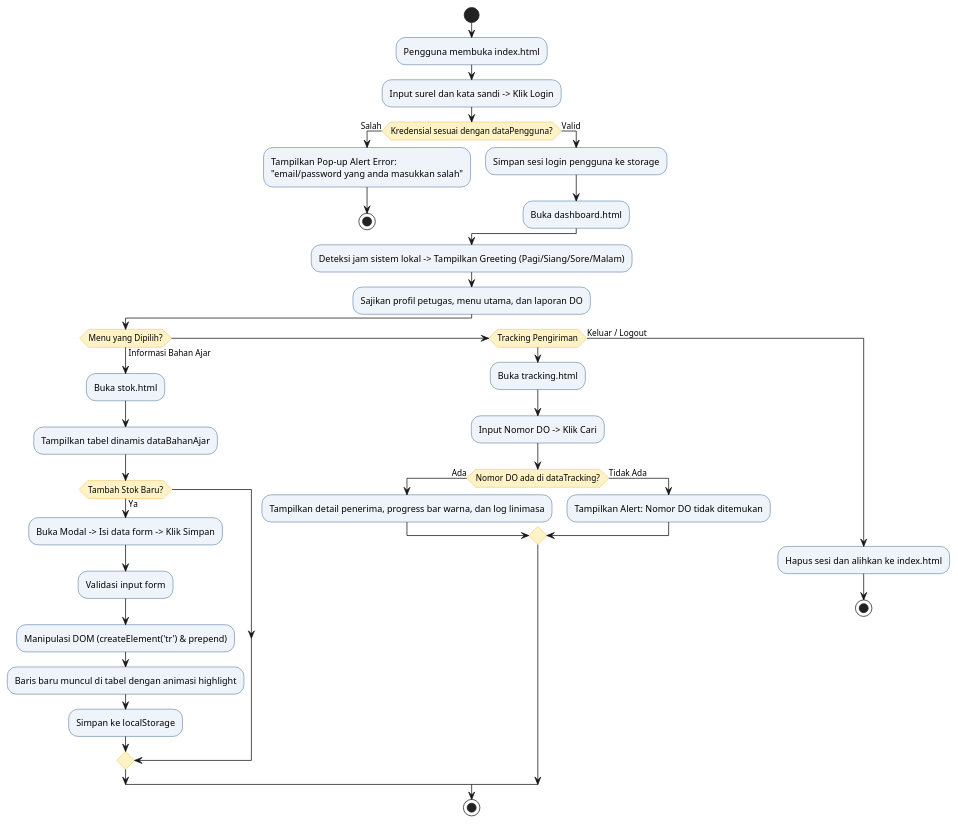
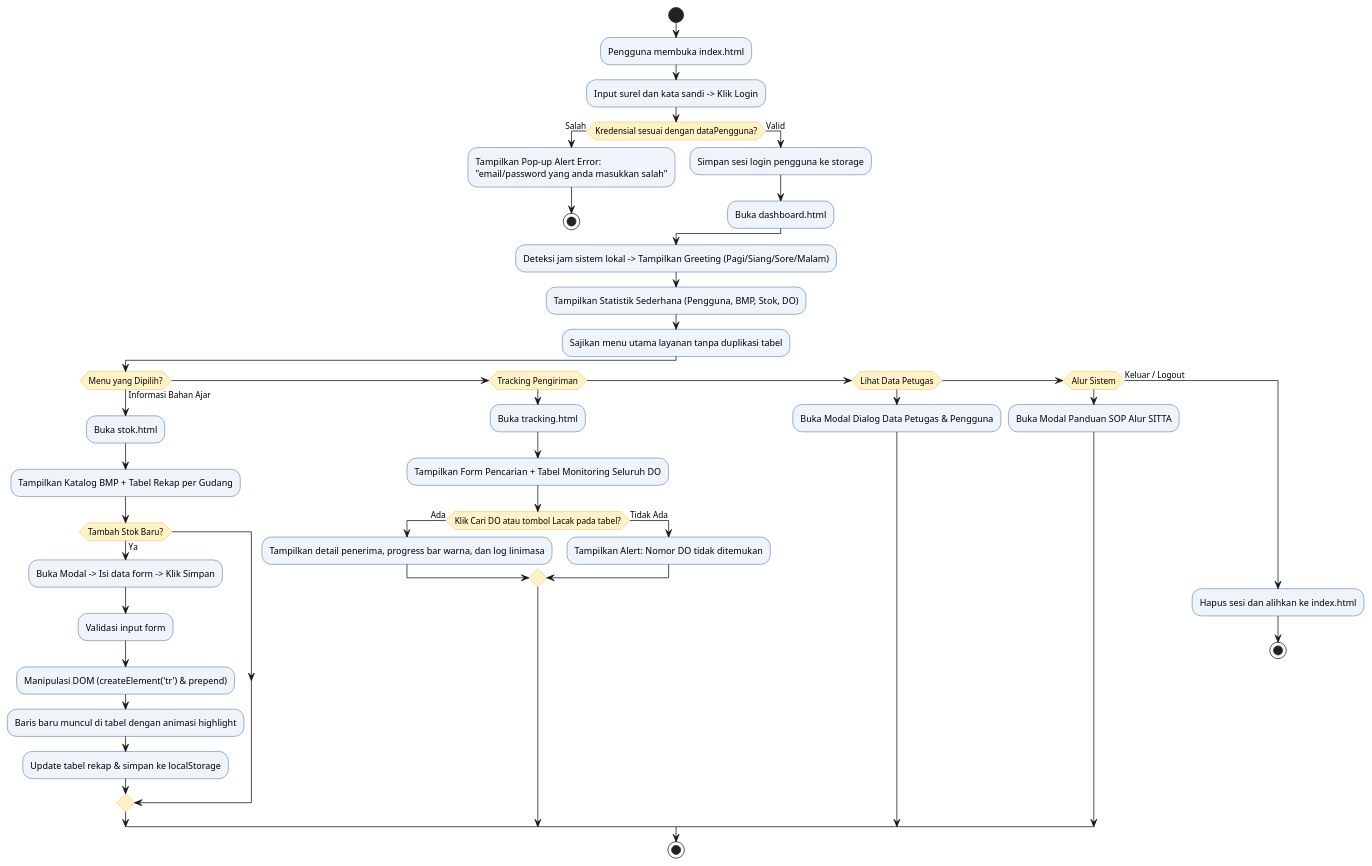
The diagram in README.md (m-a-b-r-a/TUGAS-1-SITTA), drawn with PlantUML before and after one commit. The commit also changed other lines of this file and 26 other files, not shown here.

````diff
--- a/README.md
+++ b/README.md
@@ -78,50 +89,55 @@
 ```plantuml
 @startuml SITTA_Workflow_Simple
 skinparam backgroundColor #FFFFFF
 skinparam ActivityBackgroundColor #EEF4F9
 skinparam ActivityBorderColor #003B73
 skinparam ActivityDiamondBackgroundColor #FEF3C7
 skinparam ActivityDiamondBorderColor #F5A623
 
 start
 
 :Pengguna membuka index.html;
 :Input surel dan kata sandi -> Klik Login;
 
 if (Kredensial sesuai dengan dataPengguna?) then (Salah)
     :Tampilkan Pop-up Alert Error:\n"email/password yang anda masukkan salah";
     stop
 else (Valid)
     :Simpan sesi login pengguna ke storage;
     :Buka dashboard.html;
 endif
 
 :Deteksi jam sistem lokal -> Tampilkan Greeting (Pagi/Siang/Sore/Malam);
-:Sajikan profil petugas, menu utama, dan laporan DO;
+:Tampilkan Statistik Sederhana (Pengguna, BMP, Stok, DO);
+:Sajikan menu utama layanan tanpa duplikasi tabel;
 
 if (Menu yang Dipilih?) then (Informasi Bahan Ajar)
     :Buka stok.html;
-    :Tampilkan tabel dinamis dataBahanAjar;
+    :Tampilkan Katalog BMP + Tabel Rekap per Gudang;
     if (Tambah Stok Baru?) then (Ya)
         :Buka Modal -> Isi data form -> Klik Simpan;
         :Validasi input form;
         :Manipulasi DOM (createElement('tr') & prepend);
         :Baris baru muncul di tabel dengan animasi highlight;
-        :Simpan ke localStorage;
+        :Update tabel rekap & simpan ke localStorage;
     endif
 elseif (Tracking Pengiriman)
     :Buka tracking.html;
-    :Input Nomor DO -> Klik Cari;
-    if (Nomor DO ada di dataTracking?) then (Ada)
+    :Tampilkan Form Pencarian + Tabel Monitoring Seluruh DO;
+    if (Klik Cari DO atau tombol Lacak pada tabel?) then (Ada)
         :Tampilkan detail penerima, progress bar warna, dan log linimasa;
     else (Tidak Ada)
         :Tampilkan Alert: Nomor DO tidak ditemukan;
     endif
+elseif (Lihat Data Petugas)
+    :Buka Modal Dialog Data Petugas & Pengguna;
+elseif (Alur Sistem)
+    :Buka Modal Panduan SOP Alur SITTA;
 else (Keluar / Logout)
     :Hapus sesi dan alihkan ke index.html;
     stop
 endif
 
 stop
 @enduml
 ```
````
